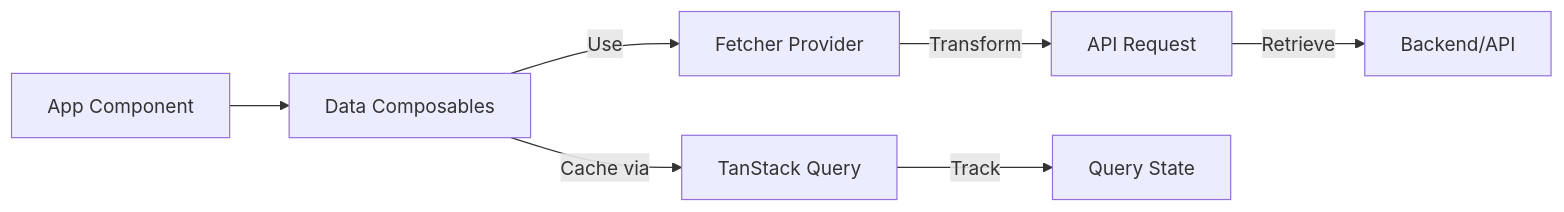
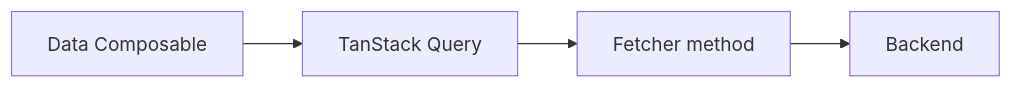
The diagram in docs/content/1.guides/1.data.md (aa900031/ginjou), drawn with Mermaid before and after one commit. The commit also changed other lines of this file and 93 other files, not shown here.

````diff
--- a/docs/content/1.guides/1.data.md
+++ b/docs/content/1.guides/1.data.md
@@ -35,9 +10,6 @@
 ```mermaid
 flowchart LR
-    A[App Component] --> B[Data Composables]
-    B -->|Use| C[Fetcher Provider]
-    C -->|Transform| D[API Request]
-    D -->|Retrieve| E[Backend/API]
-    B -->|Cache via| F[TanStack Query]
-    F -->|Track| G[Query State]
+	A[Data Composable] --> B[TanStack Query]
+	B --> C[Fetcher method]
+	C --> D[Backend]
 ```
````
